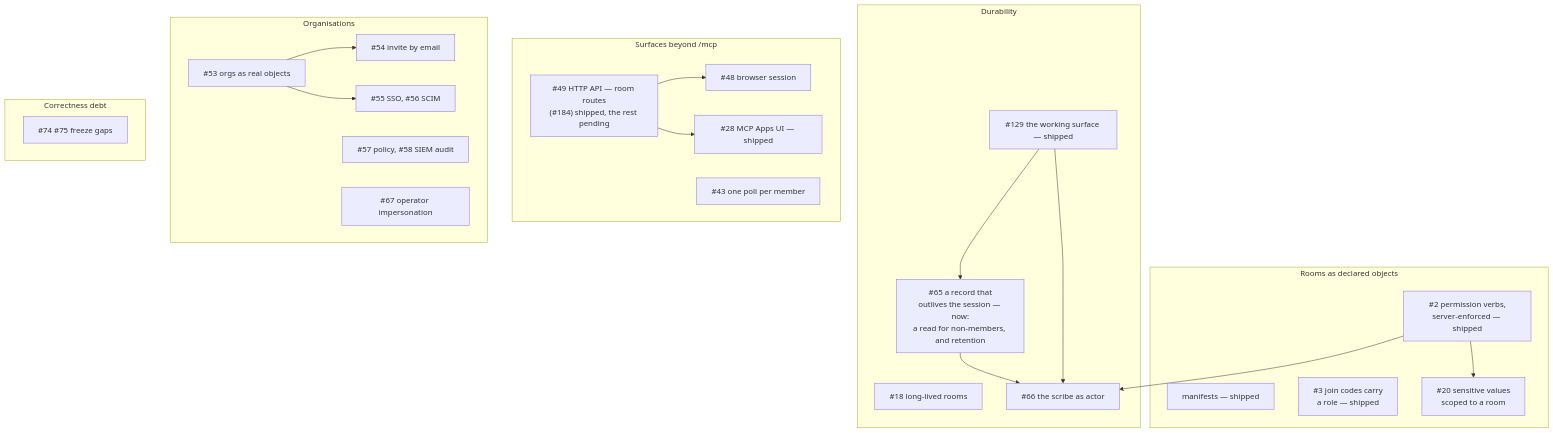
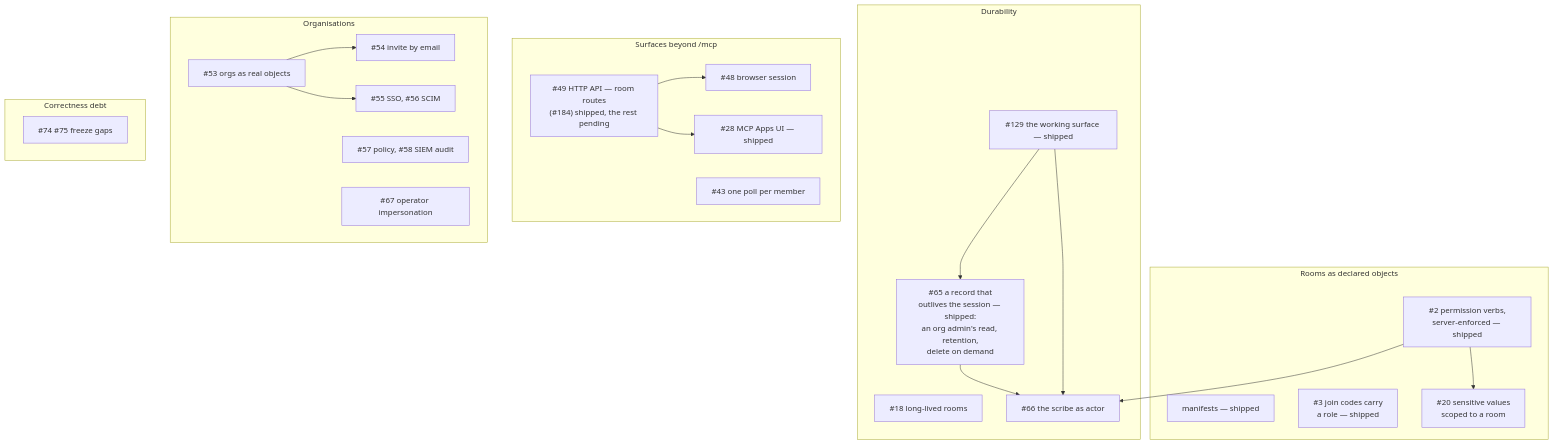
The seventh of 7 diagrams in docs/ARCHITECTURE.md (bellman-sh/bellman), drawn with Mermaid before and after one commit. The commit also changed other lines of this file and 1 other file, not shown here.

First line of the commit message:
Record retention, the purge and the admin read in ARCHITECTURE and the README

````diff
--- a/docs/ARCHITECTURE.md
+++ b/docs/ARCHITECTURE.md
@@ -892,41 +914,41 @@
 ```mermaid
 flowchart TB
     subgraph A["Rooms as declared objects"]
         A1["manifests — shipped"]
         A2["#2 permission verbs,<br/>server-enforced — shipped"]
         A3["#3 join codes carry<br/>a role — shipped"]
         A4["#20 sensitive values<br/>scoped to a room"]
     end
     subgraph B["Durability"]
         B0["#129 the working surface — shipped"]
         B1["#18 long-lived rooms"]
-        B2["#65 a record that<br/>outlives the session — now:<br/>a read for non-members, and retention"]
+        B2["#65 a record that<br/>outlives the session — shipped:<br/>an org admin's read, retention,<br/>delete on demand"]
         B3["#66 the scribe as actor"]
     end
     subgraph C["Surfaces beyond /mcp"]
         C1["#49 HTTP API — room routes<br/>(#184) shipped, the rest pending"]
         C2["#48 browser session"]
         C3["#28 MCP Apps UI — shipped"]
         C4["#43 one poll per member"]
     end
     subgraph D["Organisations"]
         D1["#53 orgs as real objects"]
         D2["#54 invite by email"]
         D3["#55 SSO, #56 SCIM"]
         D4["#57 policy, #58 SIEM audit"]
         D5["#67 operator impersonation"]
     end
     subgraph E["Correctness debt"]
         E3["#74 #75 freeze gaps"]
     end
 
     A2 --> A4
     A2 --> B3
     B2 --> B3
     B0 --> B2
     B0 --> B3
     C1 --> C2
     C1 --> C3
     D1 --> D2
     D1 --> D3
 ```
````
